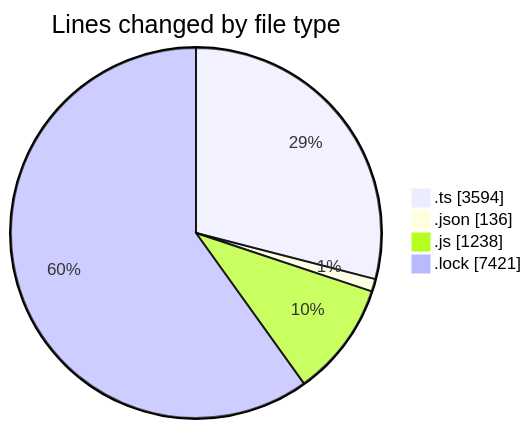
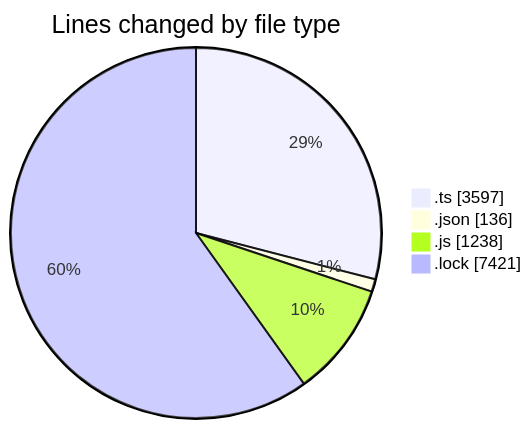
The first of 2 diagrams in 2025-07-30/cda/README.md (momahboobian/code-tracking), drawn with Mermaid before and after one commit. The commit also changed other lines of this file and 1 other file, not shown here.

````diff
--- a/2025-07-30/cda/README.md
+++ b/2025-07-30/cda/README.md
@@ -28,8 +28,8 @@
 ```mermaid
 pie showData
 title Lines changed by file type
-".ts" : 3594
+".ts" : 3597
 ".json" : 136
 ".js" : 1238
 ".lock" : 7421
 ```
````
